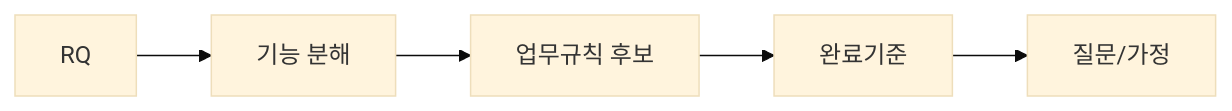
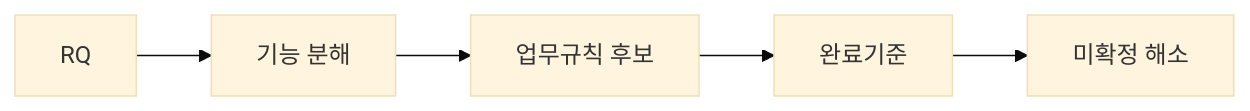
Before and after one commit to Seunghyun0606/SDLC_DDD_SDD: the third of 8 diagrams in sdlc/guides/01_SDLC_전체가이드.md, drawn with Mermaid (base theme). The commit also changed other lines of this file, not shown here.

````diff
--- a/sdlc/guides/01_SDLC_전체가이드.md
+++ b/sdlc/guides/01_SDLC_전체가이드.md
@@ -29,4 +33,4 @@
 ```mermaid
 flowchart LR
-    RQ["RQ"] --> FR["기능 분해"] --> BR["업무규칙 후보"] --> AC["완료기준"] --> Q["질문/가정"]
+    RQ["RQ"] --> FR["기능 분해"] --> BR["업무규칙 후보"] --> AC["완료기준"] --> Q["미확정 해소"]
 ```
````
